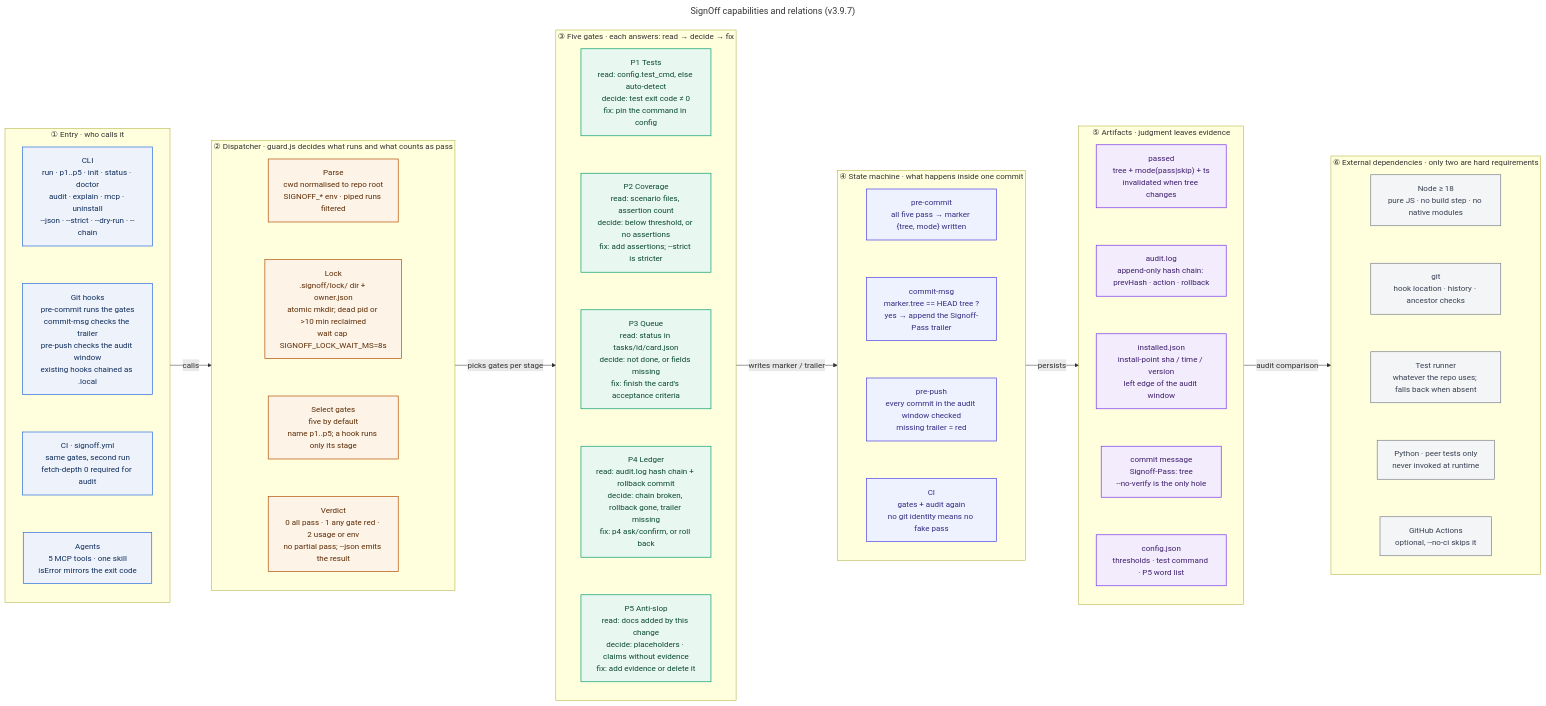
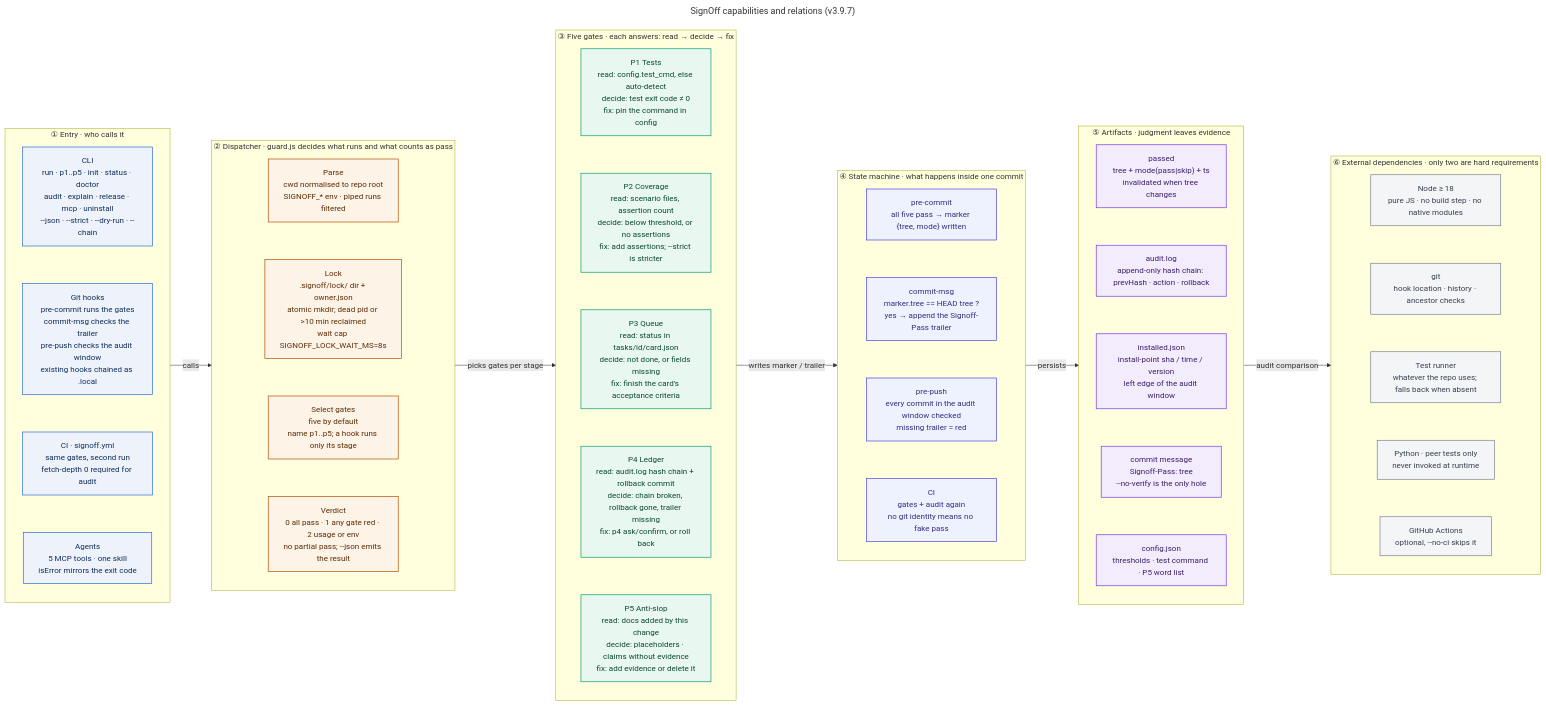
One commit to ayuanxx-max/dsh-signoff changed the diagram in docs/diagrams/src/signoff-1-capability-en.mmd. Above: the diagram before and after it, drawn with Mermaid. The commit also changed 10 other files, not shown here.

```diff
--- a/docs/diagrams/src/signoff-1-capability-en.mmd
+++ b/docs/diagrams/src/signoff-1-capability-en.mmd
@@ -1,81 +1,81 @@
 ---
 title: SignOff capabilities and relations (v3.9.7)
 ---
 flowchart LR
   subgraph L1["① Entry · who calls it"]
     direction TB
-    A1["CLI<br/>run · p1..p5 · init · status · doctor<br/>audit · explain · mcp · uninstall<br/>--json · --strict · --dry-run · --chain"]
+    A1["CLI<br/>run · p1..p5 · init · status · doctor<br/>audit · explain · release · mcp · uninstall<br/>--json · --strict · --dry-run · --chain"]
     A2["Git hooks<br/>pre-commit runs the gates<br/>commit-msg checks the trailer<br/>pre-push checks the audit window<br/>existing hooks chained as .local"]
     A3["CI · signoff.yml<br/>same gates, second run<br/>fetch-depth 0 required for audit"]
     A4["Agents<br/>5 MCP tools · one skill<br/>isError mirrors the exit code"]
     A1 ~~~ A2 ~~~ A3 ~~~ A4
   end
 
   subgraph L2["② Dispatcher · guard.js decides what runs and what counts as pass"]
     direction TB
     D1["Parse<br/>cwd normalised to repo root<br/>SIGNOFF_* env · piped runs filtered"]
     D2["Lock<br/>.signoff/lock/ dir + owner.json<br/>atomic mkdir; dead pid or >10 min reclaimed<br/>wait cap SIGNOFF_LOCK_WAIT_MS=8s"]
     D3["Select gates<br/>five by default<br/>name p1..p5; a hook runs only its stage"]
     D4["Verdict<br/>0 all pass · 1 any gate red · 2 usage or env<br/>no partial pass; --json emits the result"]
     D1 ~~~ D2 ~~~ D3 ~~~ D4
   end
 
   subgraph L3["③ Five gates · each answers: read → decide → fix"]
     direction TB
     P1["P1 Tests<br/>read: config.test_cmd, else auto-detect<br/>decide: test exit code ≠ 0<br/>fix: pin the command in config"]
     P2["P2 Coverage<br/>read: scenario files, assertion count<br/>decide: below threshold, or no assertions<br/>fix: add assertions; --strict is stricter"]
     P3["P3 Queue<br/>read: status in tasks/id/card.json<br/>decide: not done, or fields missing<br/>fix: finish the card's acceptance criteria"]
     P4["P4 Ledger<br/>read: audit.log hash chain + rollback commit<br/>decide: chain broken, rollback gone, trailer missing<br/>fix: p4 ask/confirm, or roll back"]
     P5["P5 Anti-slop<br/>read: docs added by this change<br/>decide: placeholders · claims without evidence<br/>fix: add evidence or delete it"]
     P1 ~~~ P2 ~~~ P3 ~~~ P4 ~~~ P5
   end
 
   subgraph L4["④ State machine · what happens inside one commit"]
     direction TB
     S1["pre-commit<br/>all five pass → marker {tree, mode} written"]
     S2["commit-msg<br/>marker.tree == HEAD tree ?<br/>yes → append the Signoff-Pass trailer"]
     S3["pre-push<br/>every commit in the audit window checked<br/>missing trailer = red"]
     S4["CI<br/>gates + audit again<br/>no git identity means no fake pass"]
     S1 ~~~ S2 ~~~ S3 ~~~ S4
   end
 
   subgraph L5["⑤ Artifacts · judgment leaves evidence"]
     direction TB
     F1["passed<br/>tree + mode(pass|skip) + ts<br/>invalidated when tree changes"]
     F2["audit.log<br/>append-only hash chain: prevHash · action · rollback"]
     F3["installed.json<br/>install-point sha / time / version<br/>left edge of the audit window"]
     F4["commit message<br/>Signoff-Pass: tree<br/>--no-verify is the only hole"]
     F5["config.json<br/>thresholds · test command · P5 word list"]
     F1 ~~~ F2 ~~~ F3 ~~~ F4 ~~~ F5
   end
 
   subgraph L6["⑥ External dependencies · only two are hard requirements"]
     direction TB
     X1["Node ≥ 18<br/>pure JS · no build step · no native modules"]
     X2["git<br/>hook location · history · ancestor checks"]
     X3["Test runner<br/>whatever the repo uses; falls back when absent"]
     X4["Python · peer tests only<br/>never invoked at runtime"]
     X5["GitHub Actions<br/>optional, --no-ci skips it"]
     X1 ~~~ X2 ~~~ X3 ~~~ X4 ~~~ X5
   end
 
   L1 -->|calls| L2
   L2 -->|picks gates per stage| L3
   L3 -->|writes marker / trailer| L4
   L4 -->|persists| L5
   L5 -->|audit comparison| L6
 
 
   classDef entry fill:#eef3fb,stroke:#2f6fdd,stroke-width:1.4px,color:#0f2d5c
   classDef sched fill:#fdf3e7,stroke:#b45309,stroke-width:1.4px,color:#5c2c05
   classDef gate fill:#e8f7f0,stroke:#0e9f6e,stroke-width:1.4px,color:#0b4a33
   classDef state fill:#eef2ff,stroke:#4f46e5,stroke-width:1.4px,color:#312e81
   classDef data fill:#f3ecfd,stroke:#7c3aed,stroke-width:1.4px,color:#3d1e6b
   classDef ext fill:#f4f5f7,stroke:#6b7280,stroke-width:1.2px,color:#374151
   classDef note fill:#ffffff,stroke:#0f172a,stroke-dasharray:4 3,color:#0f172a
   class A1,A2,A3,A4 entry
   class D1,D2,D3,D4 sched
   class P1,P2,P3,P4,P5 gate
   class S1,S2,S3,S4 state
   class F1,F2,F3,F4,F5 data
   class X1,X2,X3,X4,X5 ext
```
